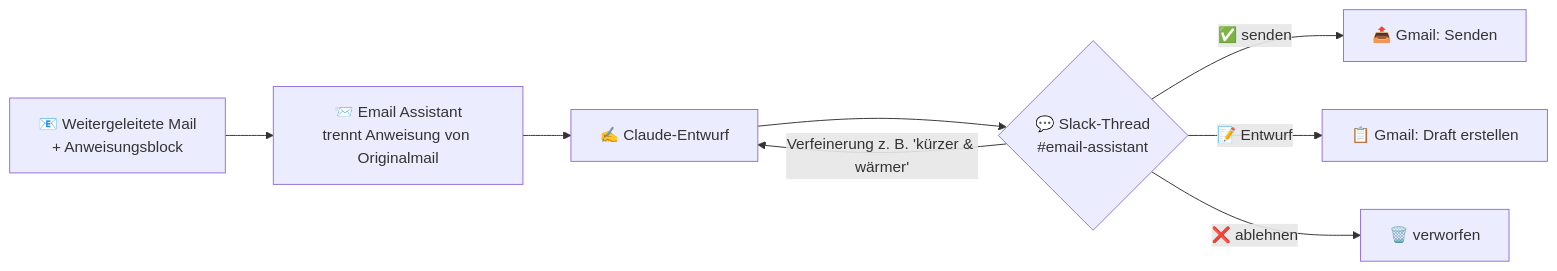
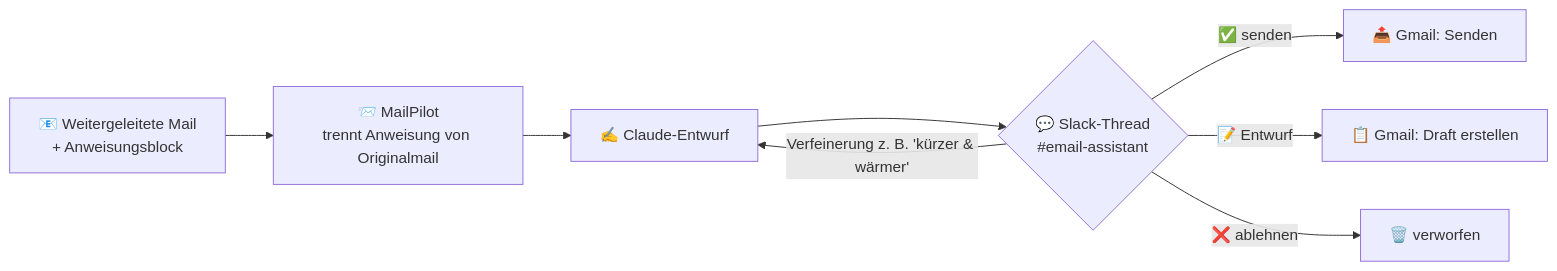
One commit to flodido/BrainVault changed the second of 3 diagrams in README.md. Above: the diagram before and after it, drawn with Mermaid. The commit also changed other lines of this file, not shown here.

First line of the commit message:
README: Email Assistant durchgängig zu MailPilot umbenennen

````diff
--- a/README.md
+++ b/README.md
@@ -286,10 +296,10 @@
 ```mermaid
 flowchart LR
-    A["📧 Weitergeleitete Mail<br/>+ Anweisungsblock"] --> B["📨 Email Assistant<br/>trennt Anweisung von Originalmail"]
+    A["📧 Weitergeleitete Mail<br/>+ Anweisungsblock"] --> B["📨 MailPilot<br/>trennt Anweisung von Originalmail"]
     B --> C["✍️ Claude-Entwurf"]
     C --> D{"💬 Slack-Thread<br/>#email-assistant"}
     D -- "✅ senden" --> E["📤 Gmail: Senden"]
     D -- "📝 Entwurf" --> F["📋 Gmail: Draft erstellen"]
     D -- "Verfeinerung z. B. 'kürzer & wärmer'" --> C
     D -- "❌ ablehnen" --> G["🗑️ verworfen"]
 ```
````
